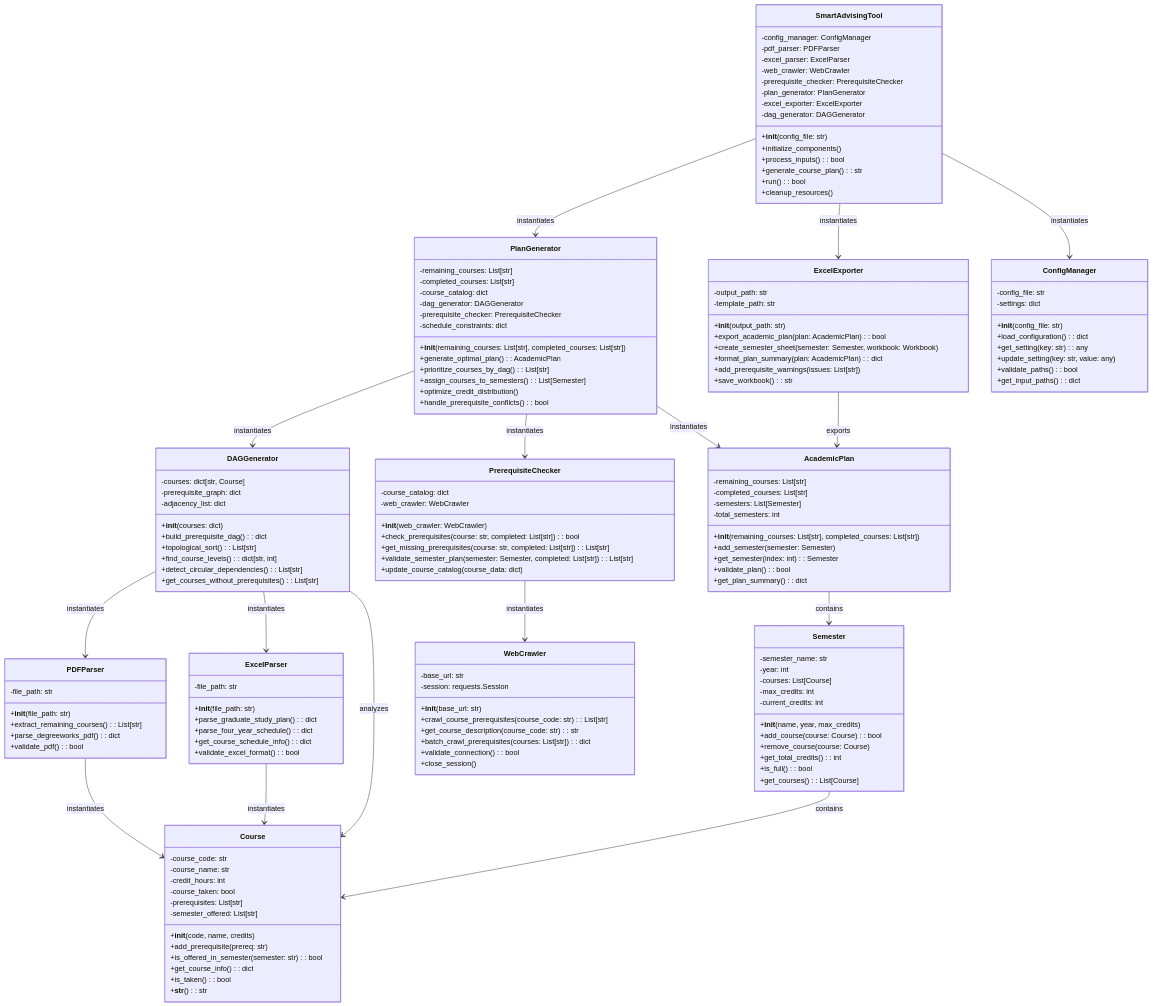
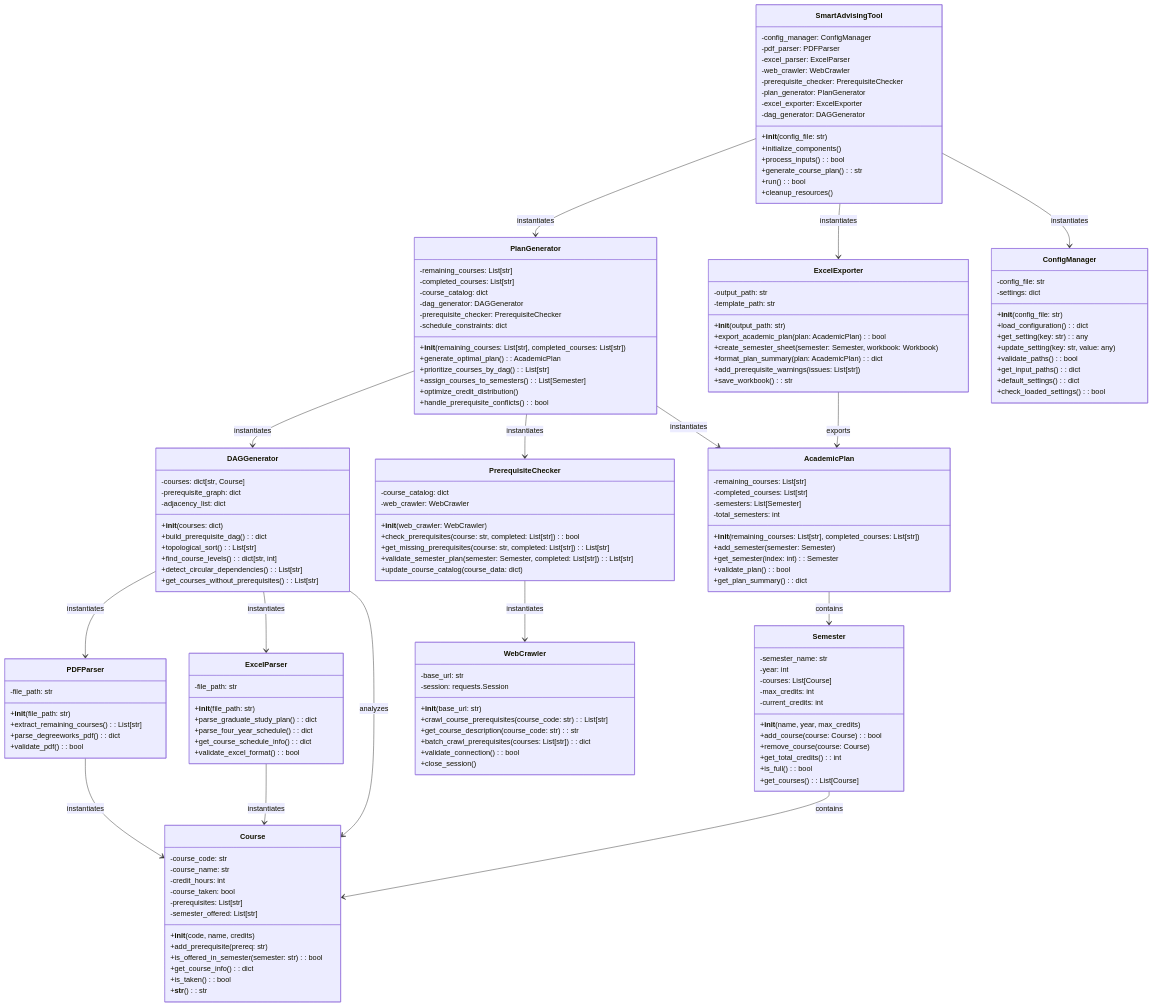
One commit to the-red-crow/better-advise changed the diagram in docs/class_planning_uml.mermaid. Above: the diagram before and after it, drawn with Mermaid. The commit also changed 3 other files, not shown here.

```diff
--- a/docs/class_planning_uml.mermaid
+++ b/docs/class_planning_uml.mermaid
@@ -1,170 +1,172 @@
 classDiagram
     class Course {
         -course_code: str
         -course_name: str
         -credit_hours: int
         -course_taken: bool
         -prerequisites: List[str]
         -semester_offered: List[str]
         +__init__(code, name, credits)
         +add_prerequisite(prereq: str)
         +is_offered_in_semester(semester: str): bool
         +get_course_info(): dict
         +is_taken(): bool
         +__str__(): str
     }
 
     class Semester {
         -semester_name: str
         -year: int
         -courses: List[Course]
         -max_credits: int
         -current_credits: int
         +__init__(name, year, max_credits)
         +add_course(course: Course): bool
         +remove_course(course: Course)
         +get_total_credits(): int
         +is_full(): bool
         +get_courses(): List[Course]
     }
 
     class AcademicPlan {
         -remaining_courses: List[str]
         -completed_courses: List[str]
         -semesters: List[Semester]
         -total_semesters: int
         +__init__(remaining_courses: List[str], completed_courses: List[str])
         +add_semester(semester: Semester)
         +get_semester(index: int): Semester
         +validate_plan(): bool
         +get_plan_summary(): dict
     }
 
     class DAGGenerator {
         -courses: dict[str, Course]
         -prerequisite_graph: dict
         -adjacency_list: dict
         +__init__(courses: dict)
         +build_prerequisite_dag(): dict
         +topological_sort(): List[str]
         +find_course_levels(): dict[str, int]
         +detect_circular_dependencies(): List[str]
         +get_courses_without_prerequisites(): List[str]
     }
 
     class PDFParser {
         -file_path: str
         +__init__(file_path: str)
         +extract_remaining_courses(): List[str]
         +parse_degreeworks_pdf(): dict
         +validate_pdf(): bool
     }
 
     class ExcelParser {
         -file_path: str
         +__init__(file_path: str)
         +parse_graduate_study_plan(): dict
         +parse_four_year_schedule(): dict
         +get_course_schedule_info(): dict
         +validate_excel_format(): bool
     }
 
     class WebCrawler {
         -base_url: str
         -session: requests.Session
         +__init__(base_url: str)
         +crawl_course_prerequisites(course_code: str): List[str]
         +get_course_description(course_code: str): str
         +batch_crawl_prerequisites(courses: List[str]): dict
         +validate_connection(): bool
         +close_session()
     }
 
     class PrerequisiteChecker {
         -course_catalog: dict
         -web_crawler: WebCrawler
         +__init__(web_crawler: WebCrawler)
         +check_prerequisites(course: str, completed: List[str]): bool
         +get_missing_prerequisites(course: str, completed: List[str]): List[str]
         +validate_semester_plan(semester: Semester, completed: List[str]): List[str]
         +update_course_catalog(course_data: dict)
     }
 
     class PlanGenerator {
         -remaining_courses: List[str]
         -completed_courses: List[str]
         -course_catalog: dict
         -dag_generator: DAGGenerator
         -prerequisite_checker: PrerequisiteChecker
         -schedule_constraints: dict
         +__init__(remaining_courses: List[str], completed_courses: List[str])
         +generate_optimal_plan(): AcademicPlan
         +prioritize_courses_by_dag(): List[str]
         +assign_courses_to_semesters(): List[Semester]
         +optimize_credit_distribution()
         +handle_prerequisite_conflicts(): bool
     }
 
     class ExcelExporter {
         -output_path: str
         -template_path: str
         +__init__(output_path: str)
         +export_academic_plan(plan: AcademicPlan): bool
         +create_semester_sheet(semester: Semester, workbook: Workbook)
         +format_plan_summary(plan: AcademicPlan): dict
         +add_prerequisite_warnings(issues: List[str])
         +save_workbook(): str
     }
 
     class ConfigManager {
         -config_file: str
         -settings: dict
         +__init__(config_file: str)
         +load_configuration(): dict
         +get_setting(key: str): any
         +update_setting(key: str, value: any)
         +validate_paths(): bool
         +get_input_paths(): dict
+        +default_settings(): dict
+        +check_loaded_settings(): bool
     }
 
     class SmartAdvisingTool {
         -config_manager: ConfigManager
         -pdf_parser: PDFParser
         -excel_parser: ExcelParser
         -web_crawler: WebCrawler
         -prerequisite_checker: PrerequisiteChecker
         -plan_generator: PlanGenerator
         -excel_exporter: ExcelExporter
         -dag_generator: DAGGenerator
         +__init__(config_file: str)
         +initialize_components()
         +process_inputs(): bool
         +generate_course_plan(): str
         +run(): bool
         +cleanup_resources()
     }
 
     %% Relationships
     SmartAdvisingTool --> PlanGenerator : instantiates
     SmartAdvisingTool --> ExcelExporter : instantiates
     SmartAdvisingTool --> ConfigManager : instantiates
 
     PDFParser --> Course : instantiates
 
     ExcelParser --> Course : instantiates
 
     PlanGenerator --> DAGGenerator : instantiates
     PlanGenerator --> PrerequisiteChecker : instantiates
     PlanGenerator --> AcademicPlan : instantiates
     
     DAGGenerator --> Course : analyzes
     DAGGenerator --> PDFParser : instantiates
     DAGGenerator --> ExcelParser : instantiates
     
     AcademicPlan --> Semester : contains
     
     Semester --> Course : contains
     
     PrerequisiteChecker --> WebCrawler : instantiates
     
     ExcelExporter --> AcademicPlan : exports
```
